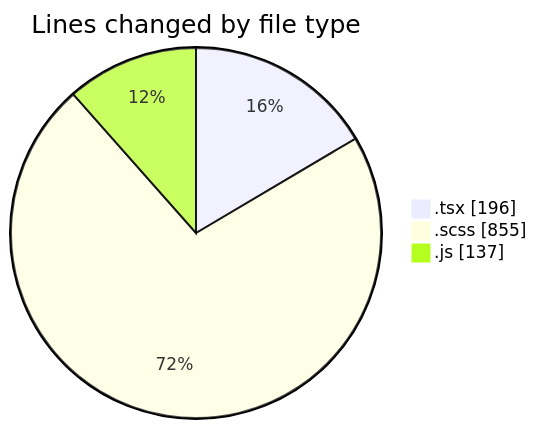
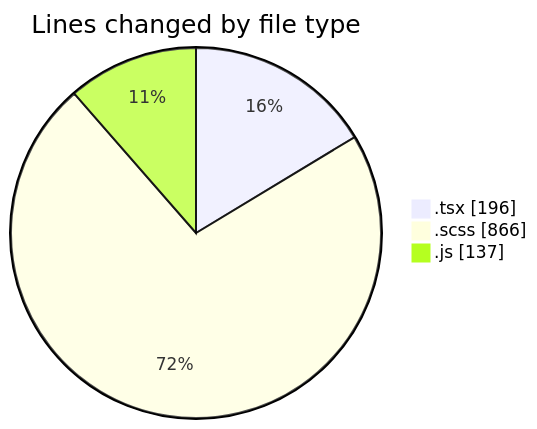
Before and after one commit to momahboobian/code-tracking: the first of 2 diagrams in 2026-03-25/cda/README.md, drawn with Mermaid. The commit also changed other lines of this file and 1 other file, not shown here.

````diff
--- a/2026-03-25/cda/README.md
+++ b/2026-03-25/cda/README.md
@@ -22,7 +22,7 @@
 ```mermaid
 pie showData
 title Lines changed by file type
 ".tsx" : 196
-".scss" : 855
+".scss" : 866
 ".js" : 137
 ```
````
